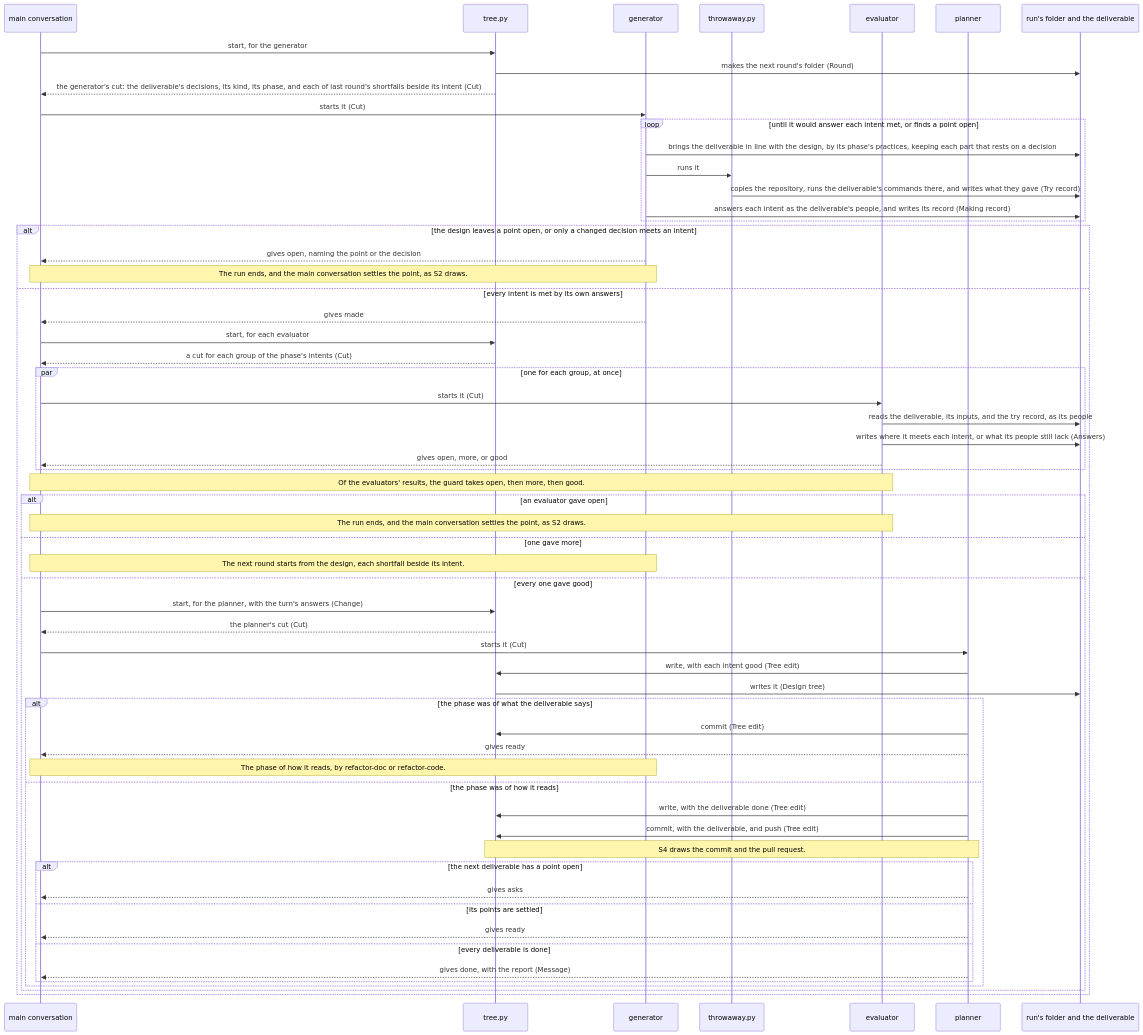
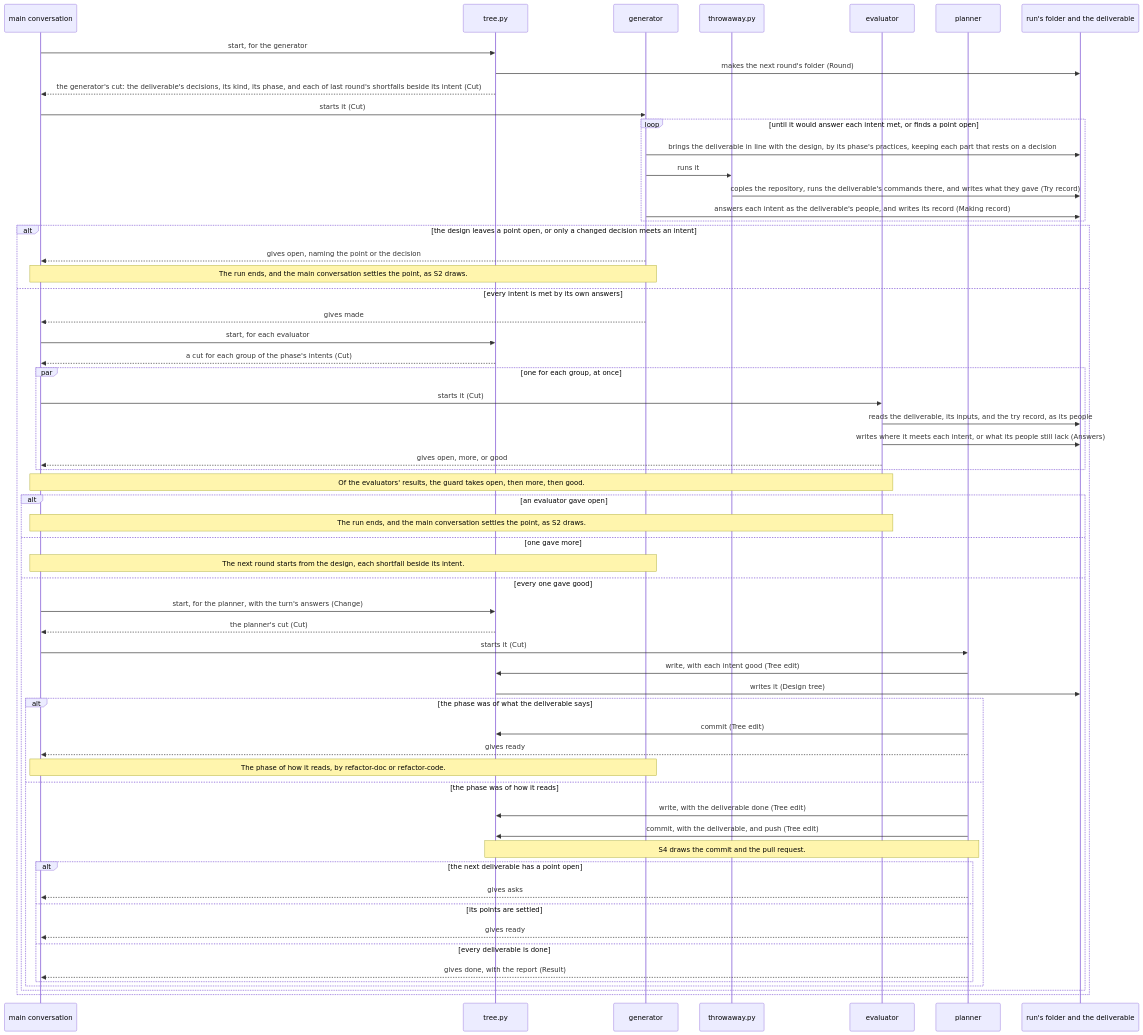
Before and after one commit to lovaizu/ccpm: the third of 6 diagrams in dev/rn/architecture.md, drawn with Mermaid. The commit also changed other lines of this file and 5 other files, not shown here.

````diff
--- a/dev/rn/architecture.md
+++ b/dev/rn/architecture.md
@@ -435,62 +464,62 @@
 ```mermaid
 sequenceDiagram
   participant M as main conversation
   participant T as tree.py
   participant G as generator
   participant W as throwaway.py
   participant E as evaluator
   participant P as planner
   participant R as run's folder and the deliverable
   M->>T: start, for the generator
   T->>R: makes the next round's folder (Round)
   T-->>M: the generator's cut: the deliverable's decisions, its kind, its phase, and each of last round's shortfalls beside its intent (Cut)
   M->>G: starts it (Cut)
   loop until it would answer each intent met, or finds a point open
     G->>R: brings the deliverable in line with the design, by its phase's practices, keeping each part that rests on a decision
     G->>W: runs it
     W->>R: copies the repository, runs the deliverable's commands there, and writes what they gave (Try record)
     G->>R: answers each intent as the deliverable's people, and writes its record (Making record)
   end
   alt the design leaves a point open, or only a changed decision meets an intent
     G-->>M: gives open, naming the point or the decision
     Note over M,G: The run ends, and the main conversation settles the point, as S2 draws.
   else every intent is met by its own answers
     G-->>M: gives made
     M->>T: start, for each evaluator
     T-->>M: a cut for each group of the phase's intents (Cut)
     par one for each group, at once
       M->>E: starts it (Cut)
       E->>R: reads the deliverable, its inputs, and the try record, as its people
       E->>R: writes where it meets each intent, or what its people still lack (Answers)
       E-->>M: gives open, more, or good
     end
     Note over M,E: Of the evaluators' results, the guard takes open, then more, then good.
     alt an evaluator gave open
       Note over M,E: The run ends, and the main conversation settles the point, as S2 draws.
     else one gave more
       Note over M,G: The next round starts from the design, each shortfall beside its intent.
     else every one gave good
       M->>T: start, for the planner, with the turn's answers (Change)
       T-->>M: the planner's cut (Cut)
       M->>P: starts it (Cut)
       P->>T: write, with each intent good (Tree edit)
       T->>R: writes it (Design tree)
       alt the phase was of what the deliverable says
         P->>T: commit (Tree edit)
         P-->>M: gives ready
         Note over M,G: The phase of how it reads, by refactor-doc or refactor-code.
       else the phase was of how it reads
         P->>T: write, with the deliverable done (Tree edit)
         P->>T: commit, with the deliverable, and push (Tree edit)
         Note over P,T: S4 draws the commit and the pull request.
         alt the next deliverable has a point open
           P-->>M: gives asks
         else its points are settled
           P-->>M: gives ready
         else every deliverable is done
-          P-->>M: gives done, with the report (Message)
+          P-->>M: gives done, with the report (Result)
         end
       end
     end
   end
 ```
````
